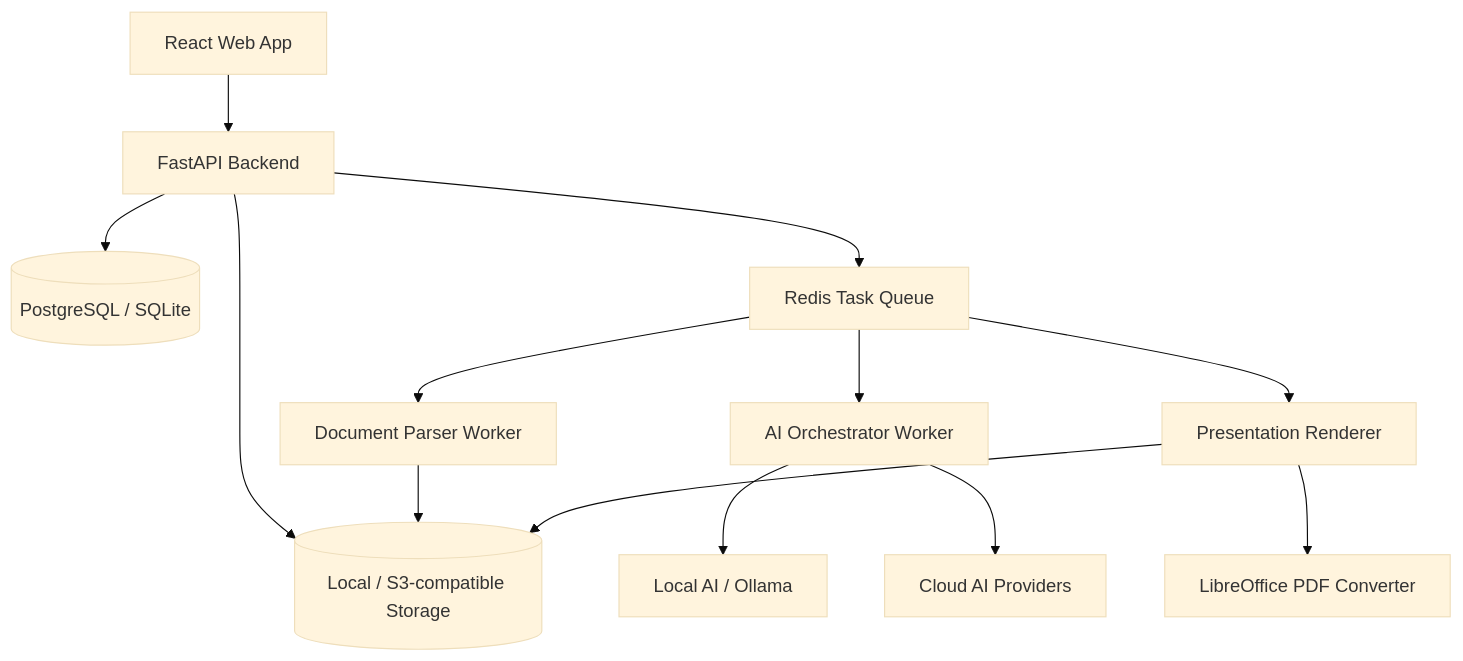
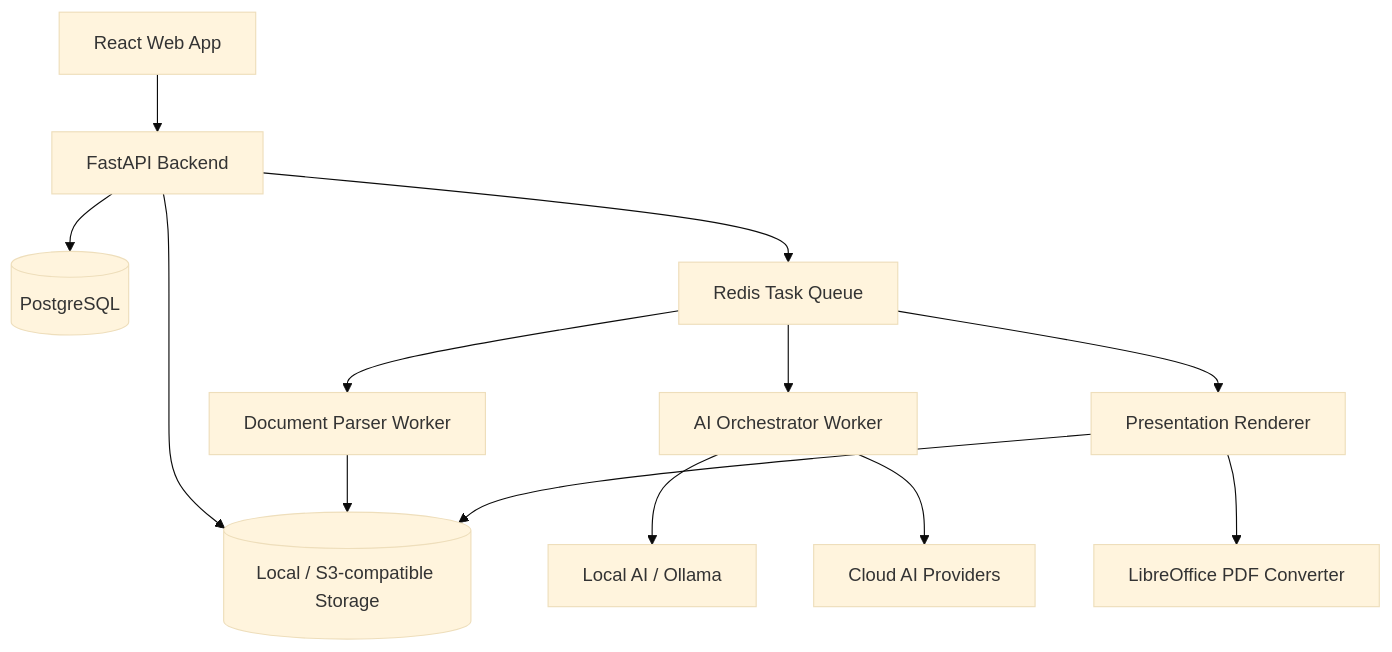
One commit to Maddog-ku/PPT-Creator changed the second of 2 diagrams in README.md. Above: the diagram before and after it, drawn with Mermaid (base theme). The commit also changed other lines of this file, not shown here.

````diff
--- a/README.md
+++ b/README.md
@@ -139,15 +138,15 @@
 ```mermaid
 flowchart TB
     UI[React Web App] --> API[FastAPI Backend]
-    API --> DB[(PostgreSQL / SQLite)]
+    API --> DB[(PostgreSQL)]
     API --> FS[(Local / S3-compatible Storage)]
     API --> Q[Redis Task Queue]
     Q --> DOC[Document Parser Worker]
     Q --> AI[AI Orchestrator Worker]
     Q --> PPT[Presentation Renderer]
     AI --> LOCAL[Local AI / Ollama]
     AI --> CLOUD[Cloud AI Providers]
     PPT --> OFFICE[LibreOffice PDF Converter]
     DOC --> FS
     PPT --> FS
 ```
````
